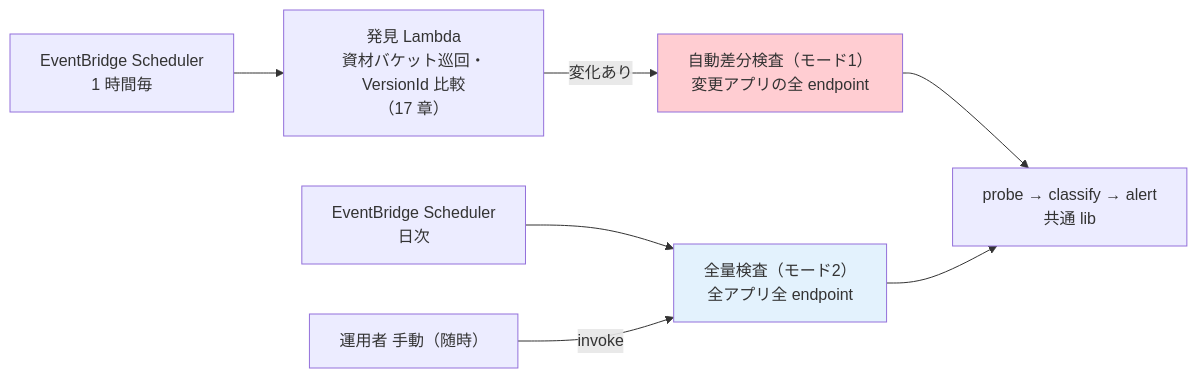
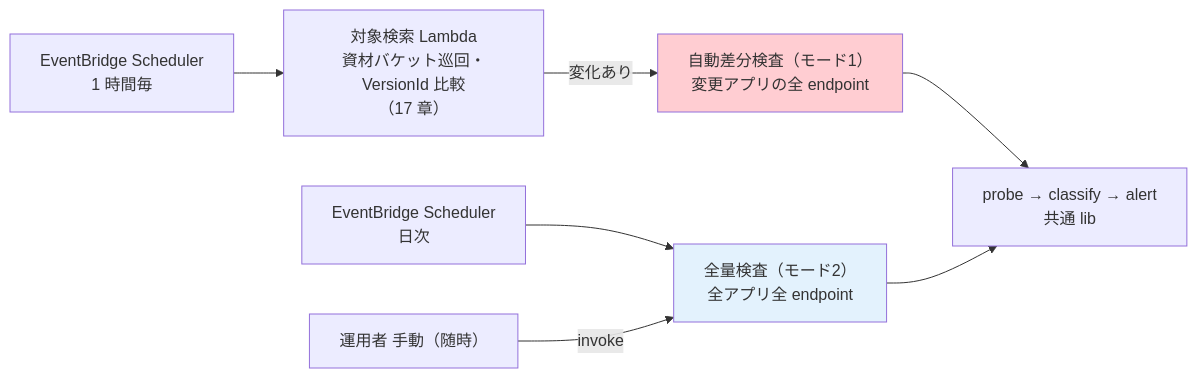
One commit to suepie/aws-atuh-poc changed the first of 2 diagrams in doc/api-platform/basic-design/18-scan-modes-and-scheduling.md. Above: the diagram before and after it, drawn with Mermaid. The commit also changed other lines of this file and 23 other files, not shown here.

````diff
--- a/doc/api-platform/basic-design/18-scan-modes-and-scheduling.md
+++ b/doc/api-platform/basic-design/18-scan-modes-and-scheduling.md
@@ -31,10 +31,10 @@
 ```mermaid
 flowchart LR
-    SCH["EventBridge Scheduler<br/>1 時間毎"] --> DISC["発見 Lambda<br/>資材バケット巡回・VersionId 比較<br/>（17 章）"]
+    SCH["EventBridge Scheduler<br/>1 時間毎"] --> DISC["対象検索 Lambda<br/>資材バケット巡回・VersionId 比較<br/>（17 章）"]
     DISC -->|変化あり| MODE1["自動差分検査（モード1）<br/>変更アプリの全 endpoint"]
     SCHF["EventBridge Scheduler<br/>日次"] --> MODE2["全量検査（モード2）<br/>全アプリ全 endpoint"]
     Manual["運用者 手動（随時）"] -->|invoke| MODE2
     MODE1 & MODE2 --> C[probe → classify → alert<br/>共通 lib]
     style MODE1 fill:#ffcdd2
     style MODE2 fill:#e3f2fd
 ```
````
